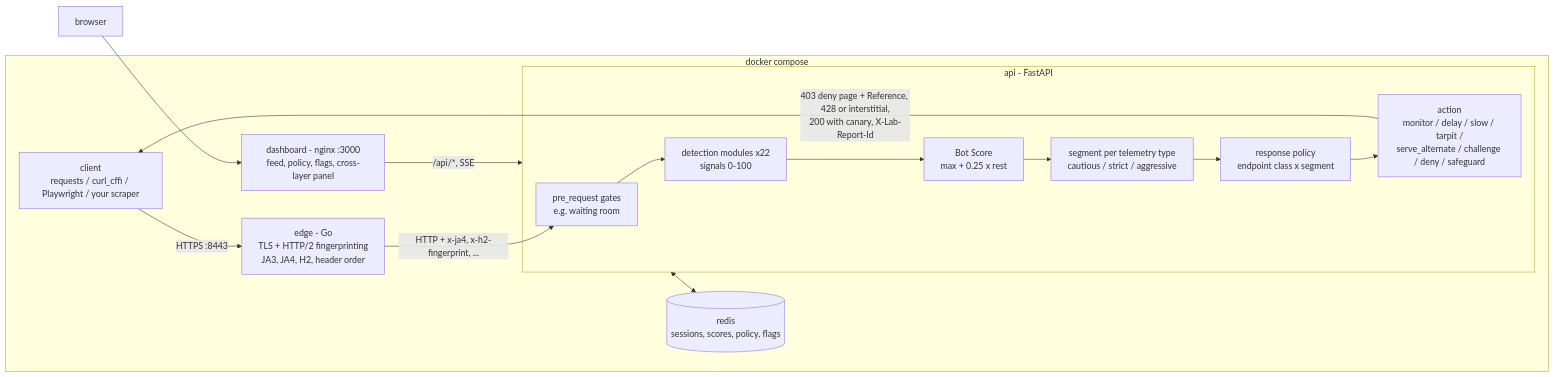
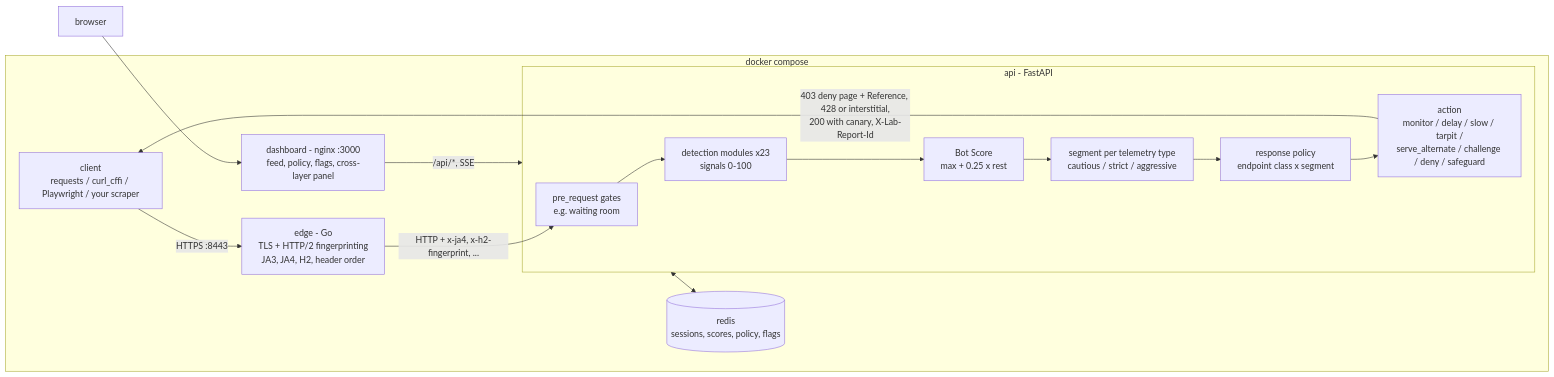
One commit to cesarhmatias/akamai-style-bot-lab changed the diagram in README.md. Above: the diagram before and after it, drawn with Mermaid. The commit also changed other lines of this file and 26 other files, not shown here.

````diff
--- a/README.md
+++ b/README.md
@@ -28,18 +29,18 @@
 ```mermaid
 flowchart LR
     C[client<br/>requests / curl_cffi / Playwright / your scraper] -->|HTTPS :8443| E
     subgraph lab[docker compose]
       E[edge - Go<br/>TLS + HTTP/2 fingerprinting<br/>JA3, JA4, H2, header order] -->|HTTP + x-ja4, x-h2-fingerprint, ...| G
       subgraph A[api - FastAPI]
-        G[pre_request gates<br/>e.g. waiting room] --> M[detection modules x22<br/>signals 0-100]
+        G[pre_request gates<br/>e.g. waiting room] --> M[detection modules x23<br/>signals 0-100]
         M --> S[Bot Score<br/>max + 0.25 x rest]
         S --> SEG[segment per telemetry type<br/>cautious / strict / aggressive]
         SEG --> P[response policy<br/>endpoint class x segment]
         P --> ACT[action<br/>monitor / delay / slow / tarpit /<br/>serve_alternate / challenge / deny / safeguard]
       end
       ACT -->|403 deny page + Reference, 428 or interstitial,<br/>200 with canary, X-Lab-Report-Id| C
       A <--> R[(redis<br/>sessions, scores, policy, flags)]
       D[dashboard - nginx :3000<br/>feed, policy, flags, cross-layer panel] -->|/api/*, SSE| A
     end
     B[browser] --> D
 ```
````
